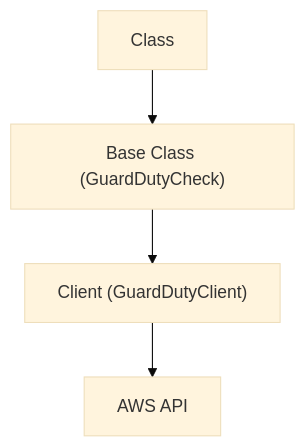
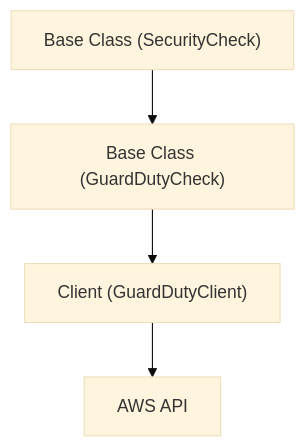
One commit to awslabs/sra-verify changed the diagram in sraverify/README.md. Above: the diagram before and after it, drawn with Mermaid (base theme).

Commit message:
Fixed mermaid

````diff
--- a/sraverify/README.md
+++ b/sraverify/README.md
@@ -37,6 +37,6 @@
 ```mermaid
 graph TD;
-  Class-->BaseClass["Base Class (GuardDutyCheck)"]
+  BaseSecurityClass["Base Class (SecurityCheck)"] -->BaseClass["Base Class (GuardDutyCheck)"]
   BaseClass["Base Class (GuardDutyCheck)"]-->Client["Client (GuardDutyClient)"]
   Client["Client (GuardDutyClient)"]-->AWS_API["AWS API"]
 ```
````
